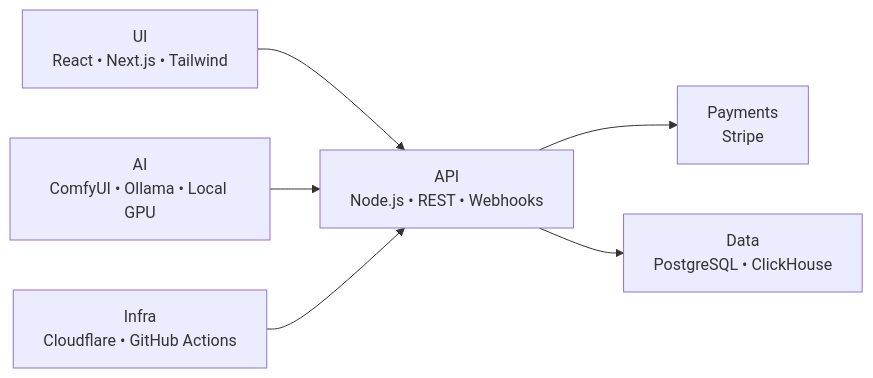
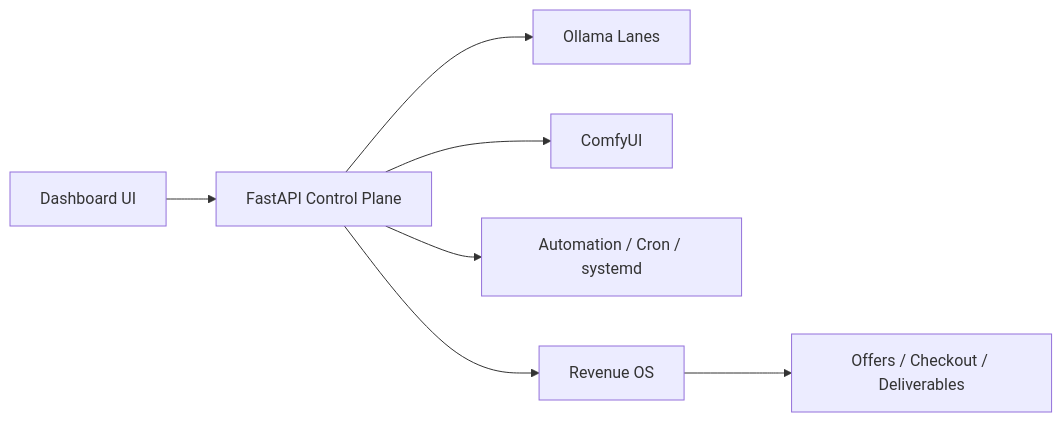
The second of 3 diagrams in README.md (Hardonian/Hardonian), drawn with Mermaid before and after one commit. The commit also changed other lines of this file, not shown here.

Commit message:
docs: update profile README with live operator-managed products

````diff
--- a/README.md
+++ b/README.md
@@ -141,15 +130,9 @@
 ```mermaid
 flowchart LR
-    UI["UI<br/>React • Next.js • Tailwind"]
-    API["API<br/>Node.js • REST • Webhooks"]
-    Pay["Payments<br/>Stripe"]
-    Data["Data<br/>PostgreSQL • ClickHouse"]
-    AI["AI<br/>ComfyUI • Ollama • Local GPU"]
-    Infra["Infra<br/>Cloudflare • GitHub Actions"]
-
-    UI --> API
-    API --> Pay
-    API --> Data
-    AI --> API
-    Infra --> API
+    UI["Dashboard UI"] --> API["FastAPI Control Plane"]
+    API --> Ollama["Ollama Lanes"]
+    API --> Comfy["ComfyUI"]
+    API --> Jobs["Automation / Cron / systemd"]
+    API --> Revenue["Revenue OS"]
+    Revenue --> Products["Offers / Checkout / Deliverables"]
 ```
````
